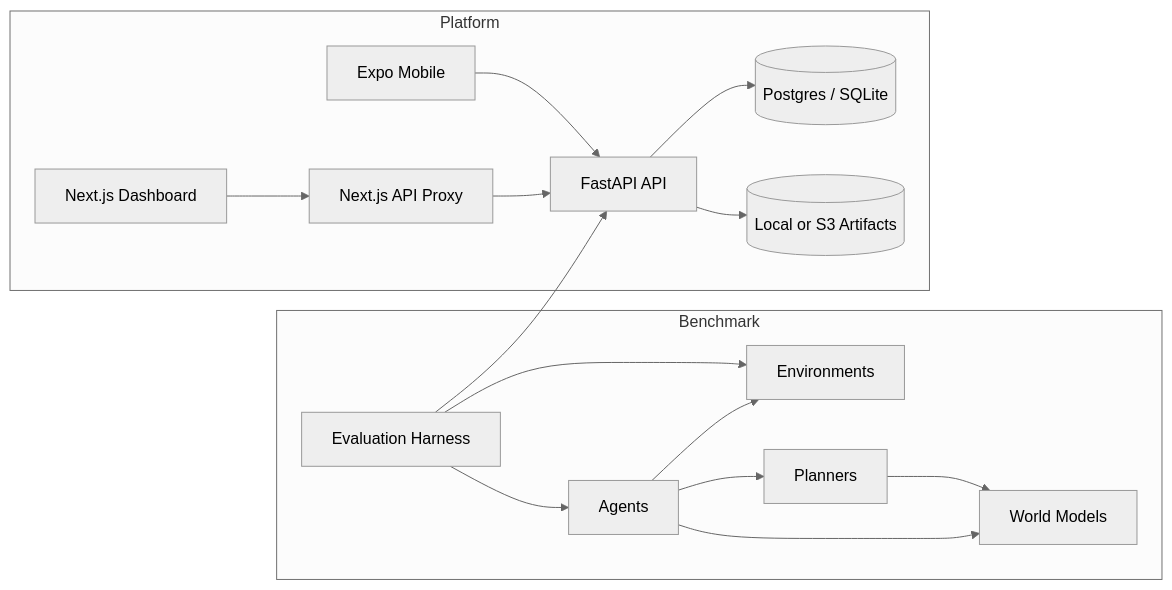
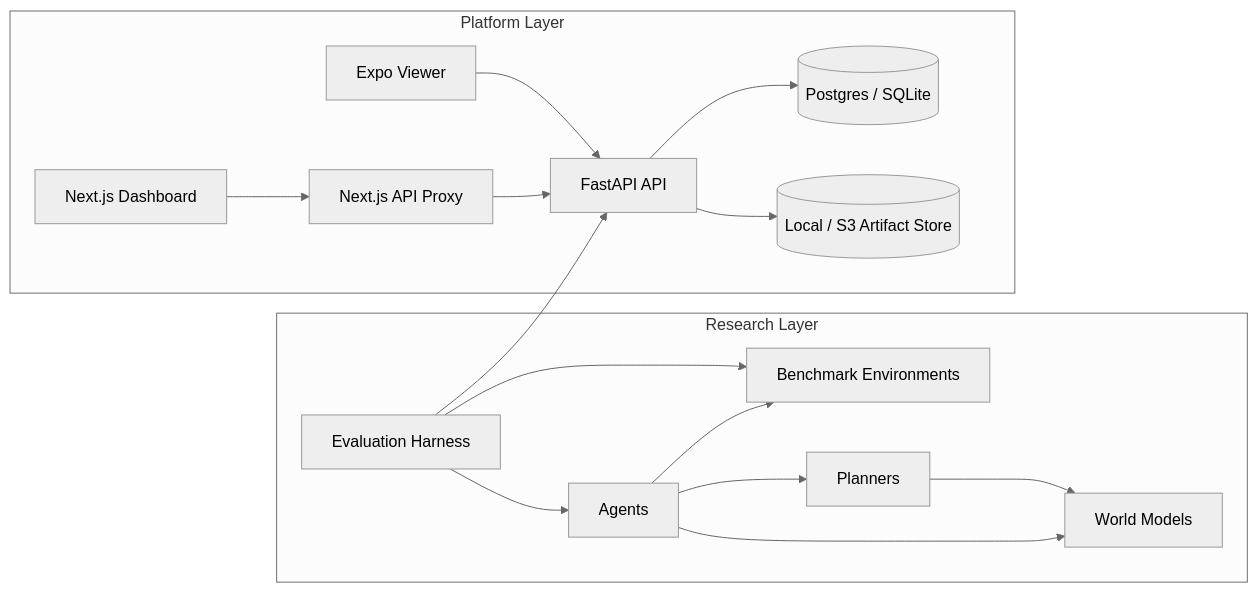
Before and after one commit to biru-codeastromer/WorldModel-Gym: the first of 2 diagrams in README.md, drawn with Mermaid (neutral theme). The commit also changed other lines of this file, not shown here.

Commit message:
Refresh README for current platform state

````diff
--- a/README.md
+++ b/README.md
@@ -43,32 +26,32 @@
 ```mermaid
 flowchart LR
-    subgraph Benchmark
-      E["Environments"]
-      A["Agents"]
-      P["Planners"]
-      W["World Models"]
-      H["Evaluation Harness"]
+    subgraph Research["Research Layer"]
+        ENV["Benchmark Environments"]
+        AGENT["Agents"]
+        PLAN["Planners"]
+        MODEL["World Models"]
+        HARNESS["Evaluation Harness"]
     end
 
-    subgraph Platform
-      API["FastAPI API"]
-      DB[("Postgres / SQLite")]
-      STORE[("Local or S3 Artifacts")]
-      WEB["Next.js Dashboard"]
-      PROXY["Next.js API Proxy"]
-      MOB["Expo Mobile"]
+    subgraph Platform["Platform Layer"]
+        API["FastAPI API"]
+        DB[("Postgres / SQLite")]
+        STORE[("Local / S3 Artifact Store")]
+        WEB["Next.js Dashboard"]
+        PROXY["Next.js API Proxy"]
+        MOBILE["Expo Viewer"]
     end
 
-    A --> E
-    A --> P
-    A --> W
-    P --> W
-    H --> A
-    H --> E
-    H --> API
+    AGENT --> ENV
+    AGENT --> PLAN
+    AGENT --> MODEL
+    PLAN --> MODEL
+    HARNESS --> AGENT
+    HARNESS --> ENV
+    HARNESS --> API
     API --> DB
     API --> STORE
     WEB --> PROXY
     PROXY --> API
-    MOB --> API
+    MOBILE --> API
 ```
````
